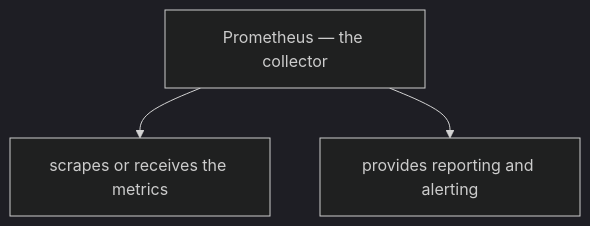
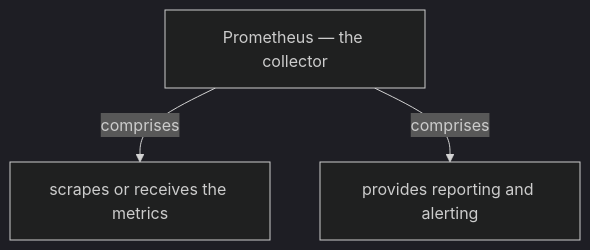
The sixth of 14 diagrams in docs/ch31-application-metrics.md (vinayakuber/microservices-io-study-guide), drawn with Mermaid (dark theme) before and after one commit. The commit also changed other lines of this file and 71 other files, not shown here.

First line of the commit message:
R18: label every diagram arrow with its meaning

````diff
--- a/docs/ch31-application-metrics.md
+++ b/docs/ch31-application-metrics.md
@@ -187,6 +187,6 @@
 ```mermaid
 flowchart TD
   R["Prometheus — the collector"]
-  R --> P0["scrapes or receives the metrics"]
-  R --> P1["provides reporting and alerting"]
+  R -->|"comprises"| P0["scrapes or receives the metrics"]
+  R -->|"comprises"| P1["provides reporting and alerting"]
 ```
````
